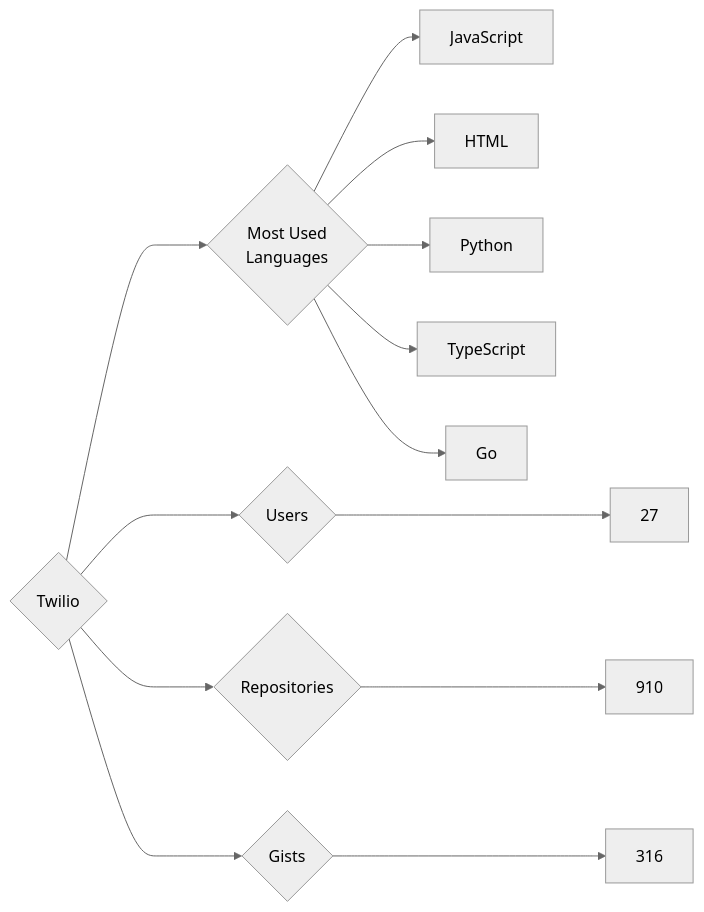
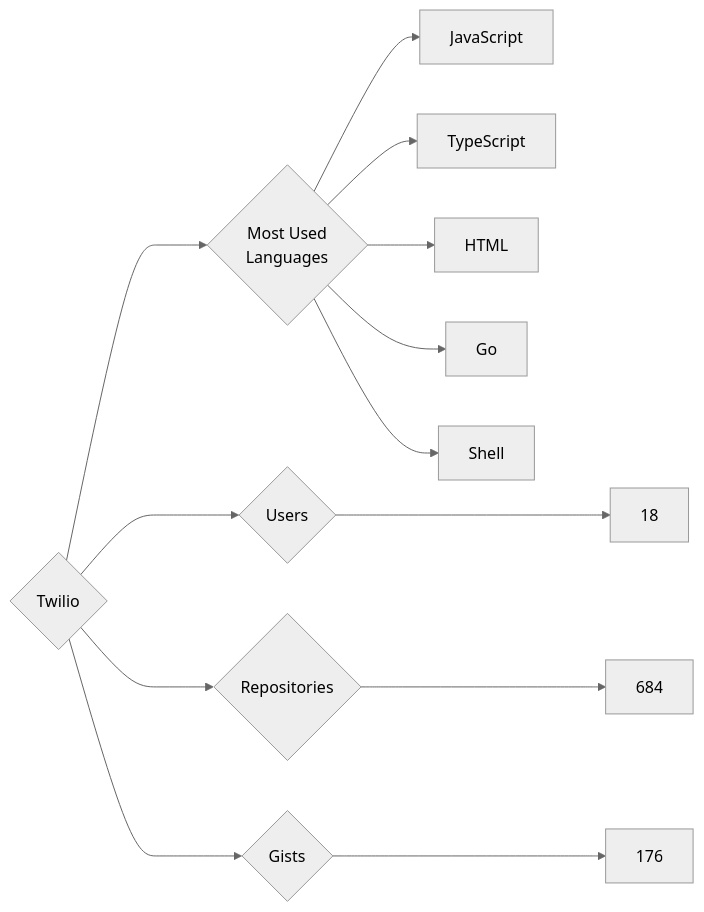
The diagram in targets/Twilio/README.md (trickest/insiders), drawn with Mermaid (neutral theme) before and after one commit. The commit also changed 728 other files, not shown here.

````diff
--- a/targets/Twilio/README.md
+++ b/targets/Twilio/README.md
@@ -3,13 +3,13 @@
 ```mermaid
 graph LR
 COMPANY_NAME{Twilio}
-COMPANY_NAME ---> U{Users} ---> UN[27]
-COMPANY_NAME ---> R{Repositories} ---> RN[910]
-COMPANY_NAME ---> G{Gists} ---> GN[316]
+COMPANY_NAME ---> U{Users} ---> UN[18]
+COMPANY_NAME ---> R{Repositories} ---> RN[684]
+COMPANY_NAME ---> G{Gists} ---> GN[176]
 COMPANY_NAME ---> ML{Most Used<br>Languages}
 ML --> JavaScript[JavaScript]
+ML --> TypeScript[TypeScript]
 ML --> HTML[HTML]
-ML --> Python[Python]
-ML --> TypeScript[TypeScript]
 ML --> Go[Go]
+ML --> Shell[Shell]
 ```
````
